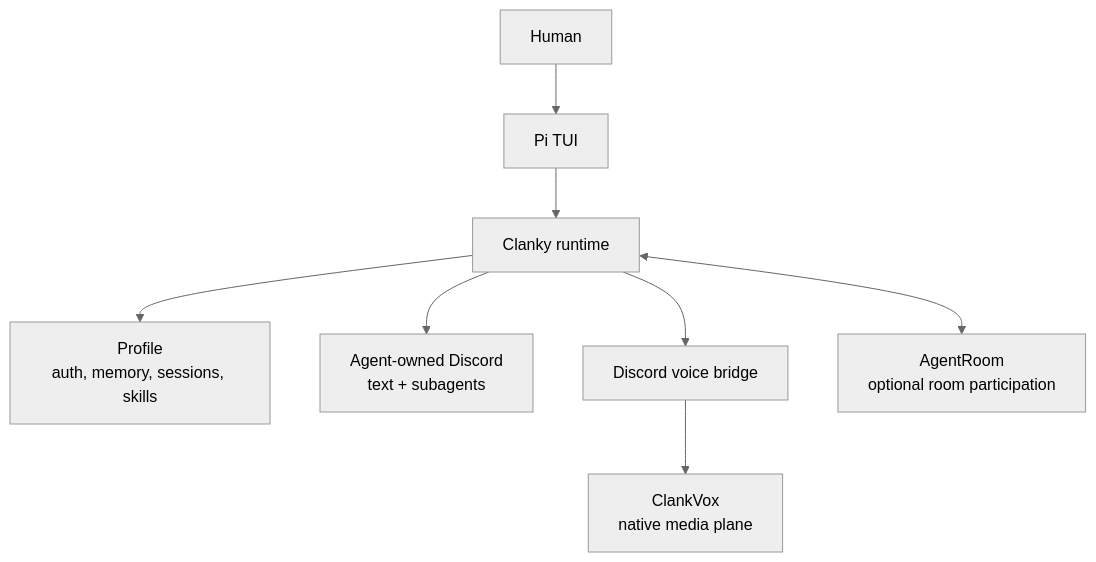
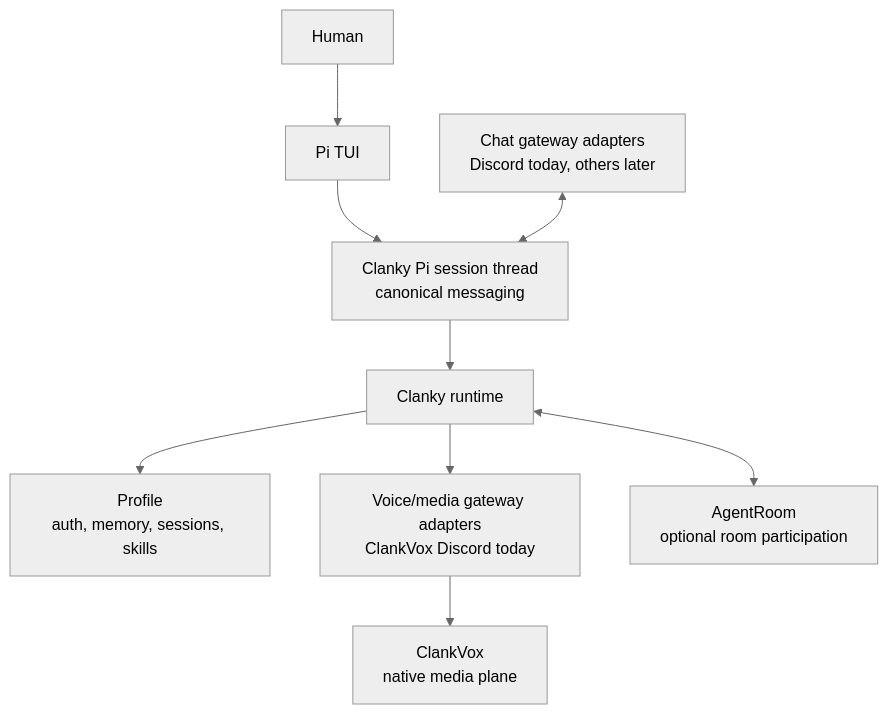
One commit to Volpestyle/clanky changed the diagram in README.md. Above: the diagram before and after it, drawn with Mermaid (neutral theme). The commit also changed other lines of this file and 27 other files, not shown here.

Commit message:
Abstract Clanky chat and voice gateways

````diff
--- a/README.md
+++ b/README.md
@@ -62,19 +63,21 @@
 ```mermaid
 flowchart TB
   user["Human"]
   tui["Pi TUI"]
+  thread["Clanky Pi session thread<br/>canonical messaging"]
   clanky["Clanky runtime"]
   profile["Profile<br/>auth, memory, sessions, skills"]
-  discord["Agent-owned Discord<br/>text + subagents"]
-  voice["Discord voice bridge"]
+  chat["Chat gateway adapters<br/>Discord today, others later"]
+  voice["Voice/media gateway adapters<br/>ClankVox Discord today"]
   vox["ClankVox<br/>native media plane"]
   room["AgentRoom<br/>optional room participation"]
 
   user --> tui
-  tui --> clanky
+  tui --> thread
+  thread --> clanky
   clanky --> profile
-  clanky --> discord
+  chat <--> thread
   clanky --> voice
   voice --> vox
   clanky <--> room
 ```
````
